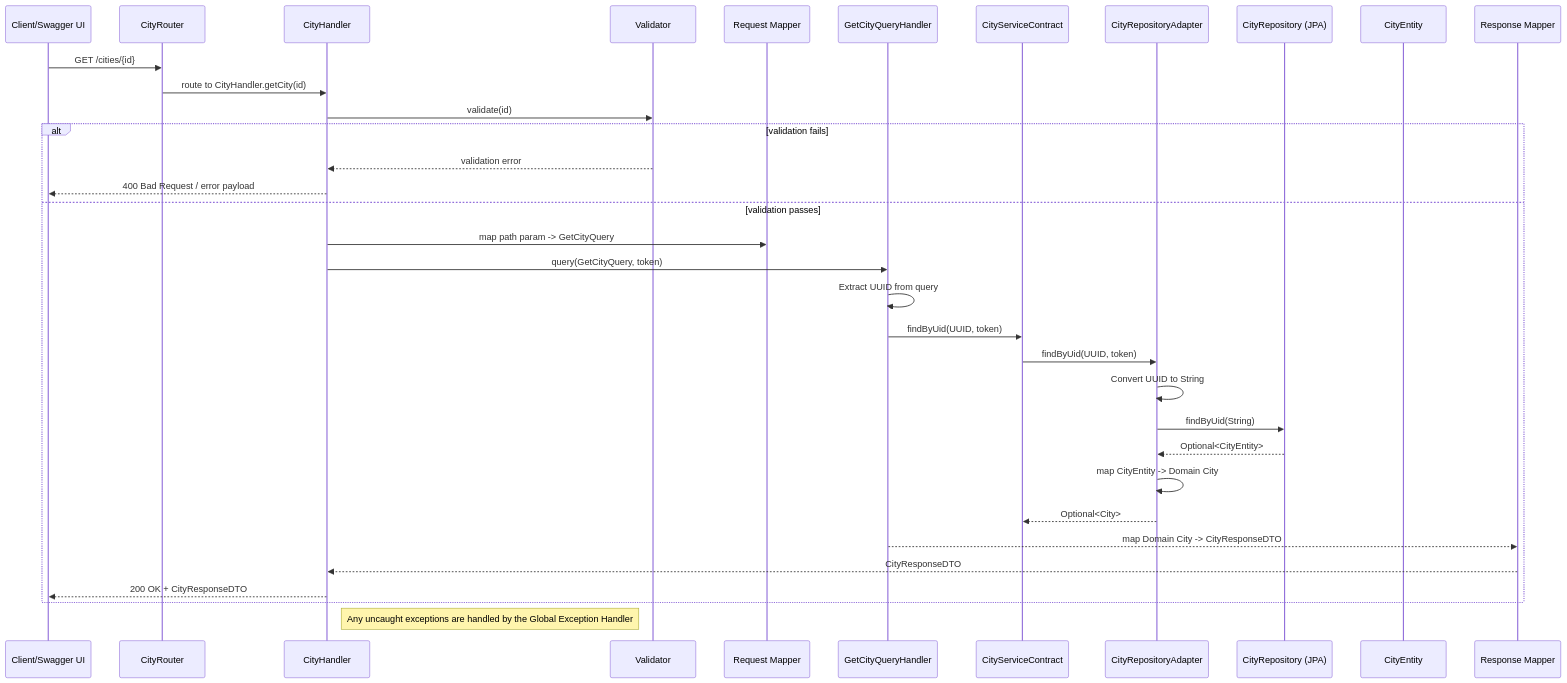
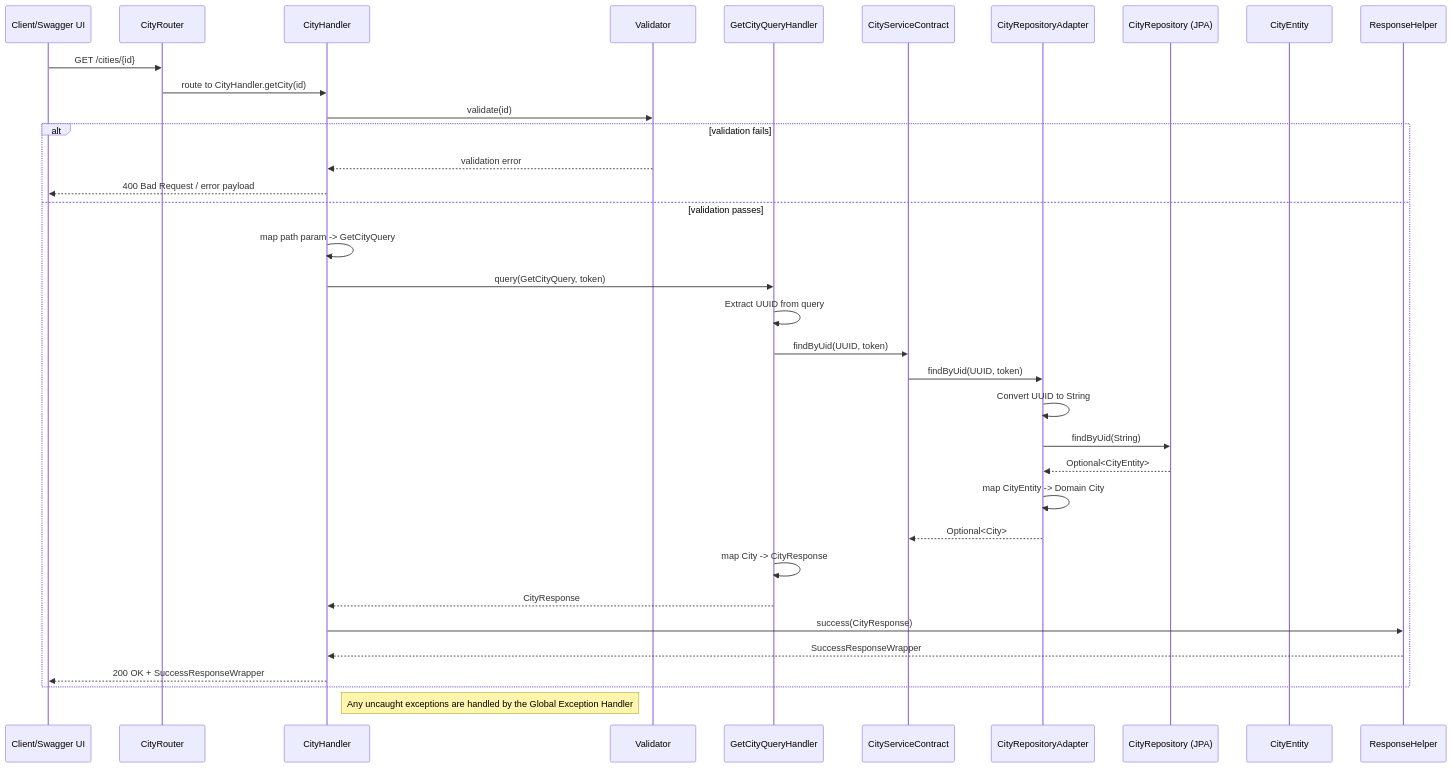
Before and after one commit to rajib-reea/spring-hexagonal-pjt: the third of 3 diagrams in Architecture.md, drawn with Mermaid. The commit also changed other lines of this file, not shown here.

Commit message:
Update Architecture.md: fix Infrastructure REST layer and sequence diagrams

````diff
--- a/Architecture.md
+++ b/Architecture.md
@@ -253,38 +255,39 @@
 ```mermaid
 sequenceDiagram
     participant Client as Client/Swagger UI
     participant Router as CityRouter
     participant Handler as CityHandler
     participant Validator as Validator
-    participant ReqMapper as Request Mapper
     participant UseCase as GetCityQueryHandler
     participant Persistence as CityServiceContract
     participant Adapter as CityRepositoryAdapter
     participant Repo as CityRepository (JPA)
     participant Entity as CityEntity
-    participant ResMapper as Response Mapper
+    participant Helper as ResponseHelper
 
     Client->>Router: GET /cities/{id}
     Router->>Handler: route to CityHandler.getCity(id)
     Handler->>Validator: validate(id)
     alt validation fails
         Validator-->>Handler: validation error
         Handler-->>Client: 400 Bad Request / error payload
     else validation passes
-        Handler->>ReqMapper: map path param -> GetCityQuery
+        Handler->>Handler: map path param -> GetCityQuery
         Handler->>UseCase: query(GetCityQuery, token)
         UseCase->>UseCase: Extract UUID from query
         UseCase->>Persistence: findByUid(UUID, token)
         Persistence->>Adapter: findByUid(UUID, token)
         Adapter->>Adapter: Convert UUID to String
         Adapter->>Repo: findByUid(String)
         Repo-->>Adapter: Optional<CityEntity>
         Adapter->>Adapter: map CityEntity -> Domain City
         Adapter-->>Persistence: Optional<City>
-        UseCase-->>ResMapper: map Domain City -> CityResponseDTO
-        ResMapper-->>Handler: CityResponseDTO
-        Handler-->>Client: 200 OK + CityResponseDTO
+        UseCase->>UseCase: map City -> CityResponse
+        UseCase-->>Handler: CityResponse
+        Handler->>Helper: success(CityResponse)
+        Helper-->>Handler: SuccessResponseWrapper
+        Handler-->>Client: 200 OK + SuccessResponseWrapper
     end
 
     note right of Handler: Any uncaught exceptions are handled by the Global Exception Handler
 ```
````
